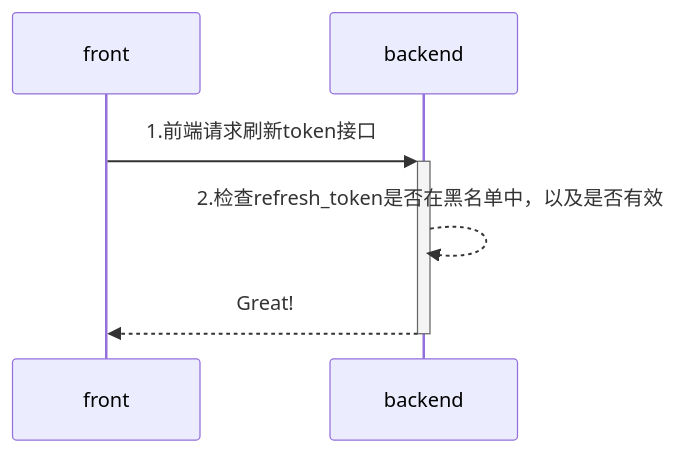
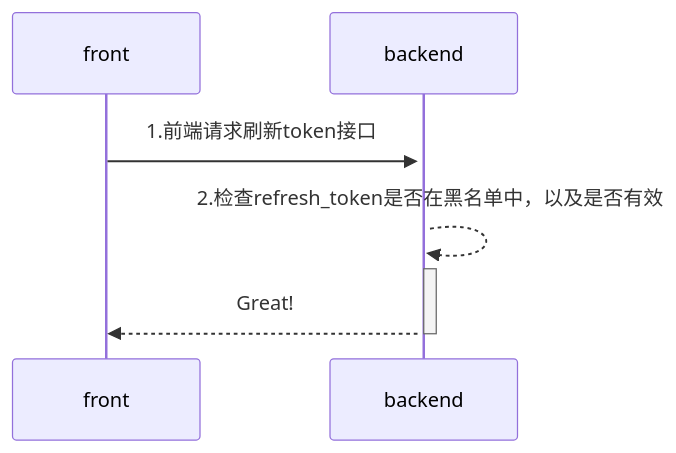
The diagram in all/未命名-4.md (yingjianzh/iodraw-files), drawn with Mermaid before and after one commit.

Commit message:
2024-08-02 17:55:39 update

````diff
--- a/all/未命名-4.md
+++ b/all/未命名-4.md
@@ -1,6 +1,6 @@
 ```mermaid
 sequenceDiagram
     front->>+backend: 1.前端请求刷新token接口
-    backend-->>backend: 2.检查refresh_token是否在黑名单中，以及是否有效
+    backend-->>+backend: 2.检查refresh_token是否在黑名单中，以及是否有效
     backend-->>-front: Great!
 ```
````
